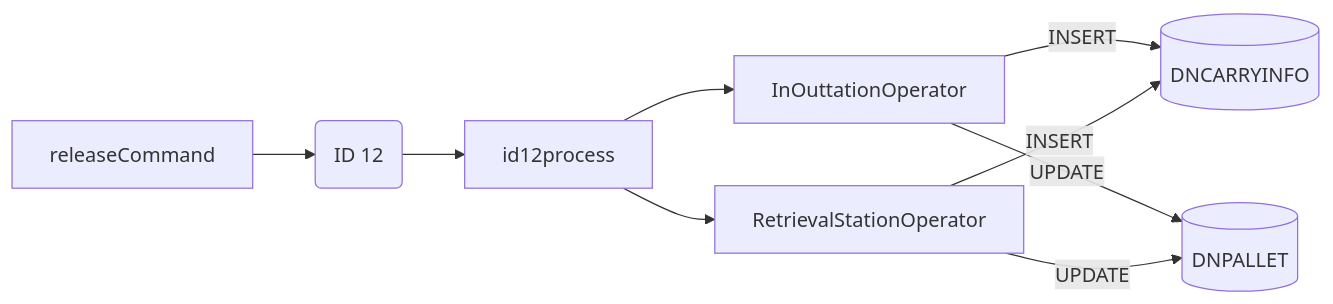
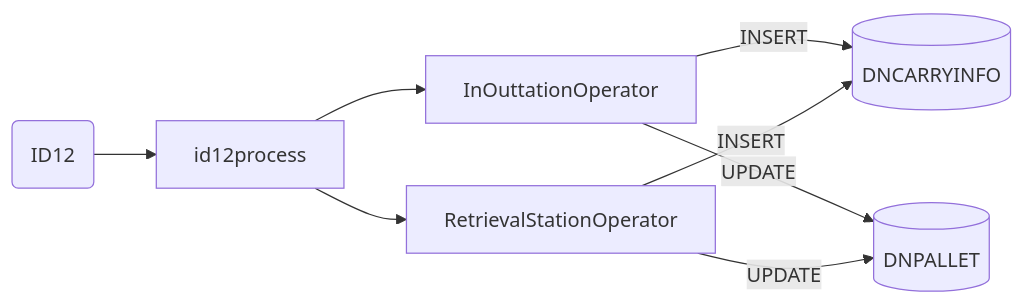
Before and after one commit to luthfiadityaa/SimeDarby-Wiki: the fourth of 10 diagrams in Basic-Design/DFD-WMS/Retrieval/Unplanned-Retrieval-to-HP-Area.md, drawn with Mermaid.

Commit message:
Updated Unplanned Retrieval to HP Area

```diff
--- a/Basic-Design/DFD-WMS/Retrieval/Unplanned-Retrieval-to-HP-Area.md
+++ b/Basic-Design/DFD-WMS/Retrieval/Unplanned-Retrieval-to-HP-Area.md
@@ -195,26 +195,26 @@
 ::: mermaid
 flowchart LR
 
 id26msg("
-ID 12
+ID12
 ")
 
 id26-insert[("
 DNCARRYINFO
 ")]
 
 id26-update[("
 DNPALLET
 ")]
 
 retrievalstationoperator[RetrievalStationOperator]
 inoutstationoperator[InOuttationOperator]
 
-releaseCommand-->id26msg-->id12process
+id26msg-->id12process
 id12process-->inoutstationoperator
 id12process-->retrievalstationoperator
 inoutstationoperator--> |INSERT| id26-insert
 inoutstationoperator--> |UPDATE| id26-update
 retrievalstationoperator--> |INSERT| id26-insert
 retrievalstationoperator--> |UPDATE| id26-update
 :::
```
